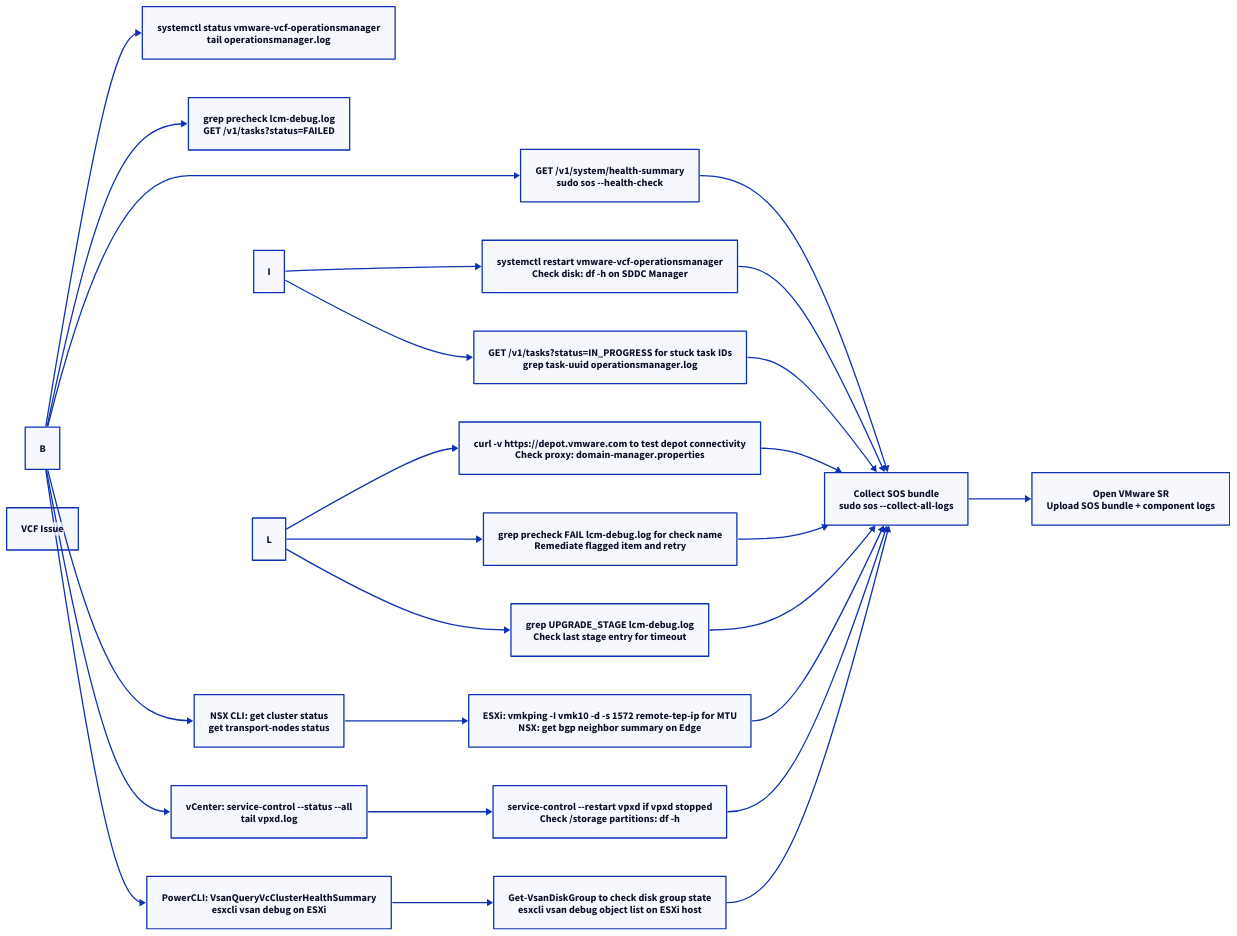
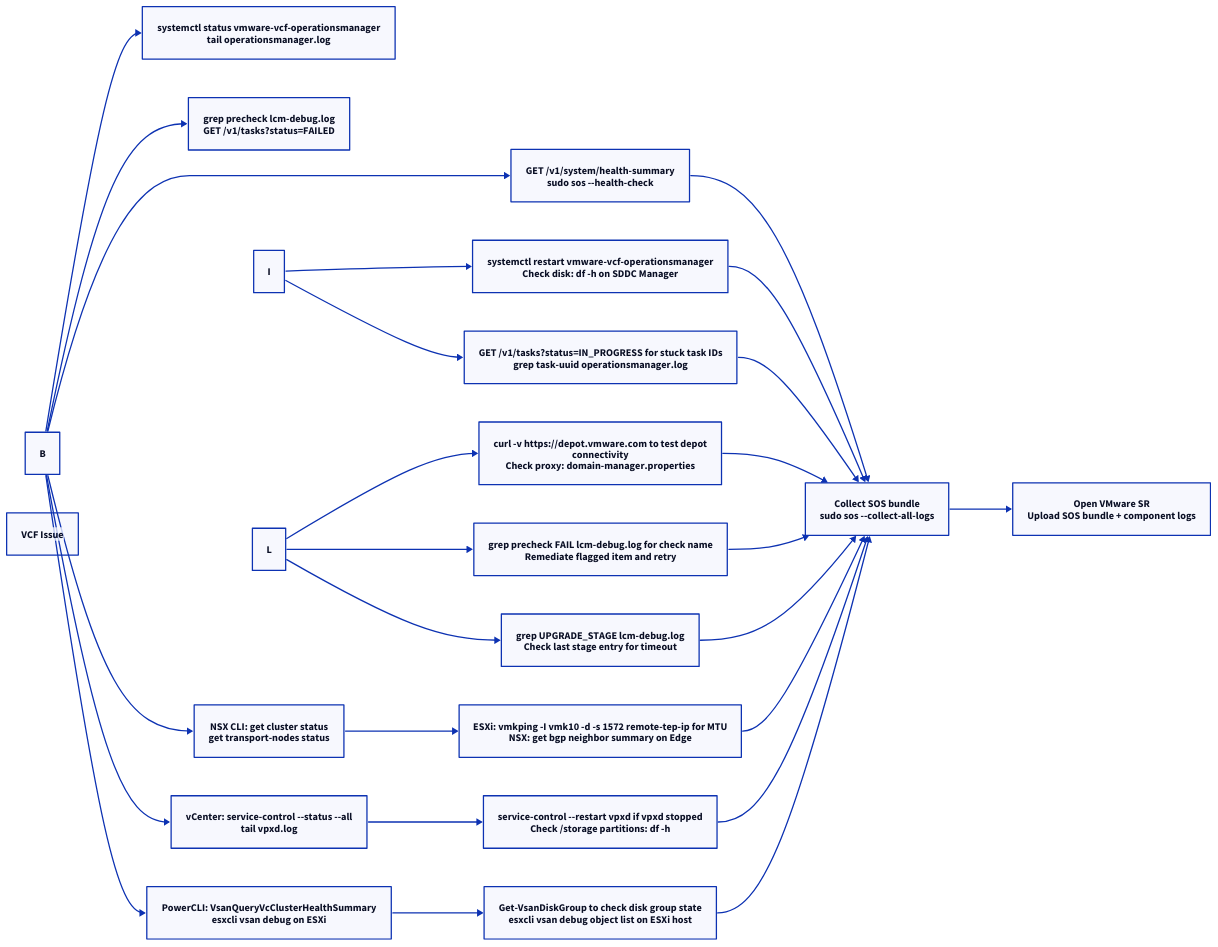
One commit to canast01/chris-kb changed the first of 2 diagrams in docs/virtualization/vmware/vmware-cloud-foundation/troubleshooting/diagnostics.md. Above: the diagram before and after it, drawn with D2. The commit also changed other lines of this file and 192 other files, not shown here.

````diff
--- a/docs/virtualization/vmware/vmware-cloud-foundation/troubleshooting/diagnostics.md
+++ b/docs/virtualization/vmware/vmware-cloud-foundation/troubleshooting/diagnostics.md
@@ -18,49 +18,49 @@
 ```d2
 direction: right
 
 B: "B" {shape: rectangle}
 C: "systemctl status vmware-vcf-operationsmanager\ntail operationsmanager.log" {shape: rectangle}
 D: "grep precheck lcm-debug.log\nGET /v1/tasks?status=FAILED" {shape: rectangle}
 E: "NSX CLI: get cluster status\nget transport-nodes status" {shape: rectangle}
 F: "vCenter: service-control --status --all\ntail vpxd.log" {shape: rectangle}
 G: "PowerCLI: VsanQueryVcClusterHealthSummary\nesxcli vsan debug on ESXi" {shape: rectangle}
 H: "GET /v1/system/health-summary\nsudo sos --health-check" {shape: rectangle}
 I: "I" {shape: rectangle}
 J: "systemctl restart vmware-vcf-operationsmanager\nCheck disk: df -h on SDDC Manager" {shape: rectangle}
 K: "GET /v1/tasks?status=IN_PROGRESS for stuck task IDs\ngrep task-uuid operationsmanager.log" {shape: rectangle}
 L: "L" {shape: rectangle}
-M: "curl -v https://depot.vmware.com to test depot connectivity\nCheck proxy: domain-manager.properties" {shape: rectangle}
+M: "curl -v https://depot.vmware.com to test depot\nconnectivity\nCheck proxy: domain-manager.properties" {shape: rectangle}
 N: "grep precheck FAIL lcm-debug.log for check name\nRemediate flagged item and retry" {shape: rectangle}
 O: "grep UPGRADE_STAGE lcm-debug.log\nCheck last stage entry for timeout" {shape: rectangle}
 P: "ESXi: vmkping -I vmk10 -d -s 1572 remote-tep-ip for MTU\nNSX: get bgp neighbor summary on Edge" {shape: rectangle}
 Q: "service-control --restart vpxd if vpxd stopped\nCheck /storage partitions: df -h" {shape: rectangle}
 R: "Get-VsanDiskGroup to check disk group state\nesxcli vsan debug object list on ESXi host" {shape: rectangle}
 S: "Collect SOS bundle\nsudo sos --collect-all-logs" {shape: rectangle}
 T: "Open VMware SR\nUpload SOS bundle + component logs" {shape: rectangle}
 A: "VCF Issue" {shape: rectangle}
 
 B -> C
 B -> D
 B -> E
 B -> F
 B -> G
 B -> H
 I -> J
 I -> K
 L -> M
 L -> N
 L -> O
 E -> P
 F -> Q
 G -> R
 H -> S
 J -> S
 K -> S
 M -> S
 N -> S
 O -> S
 P -> S
 Q -> S
 R -> S
 S -> T
 ```
````
